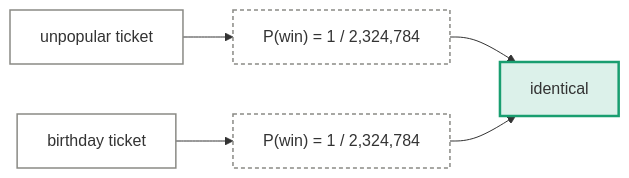
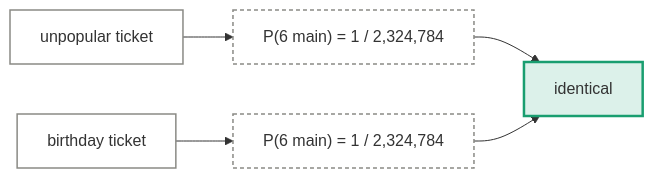
Before and after one commit to Timorleiderman/ILotto: the fourth of 4 diagrams in docs/approaches/ticket-generators.md, drawn with Mermaid. The commit also changed other lines of this file and 26 other files, not shown here.

````diff
--- a/docs/approaches/ticket-generators.md
+++ b/docs/approaches/ticket-generators.md
@@ -170,16 +223,16 @@
 ```mermaid
 flowchart LR
-  A["unpopular ticket"] --> B["P(win) = 1 / 2,324,784"]
-  C["birthday ticket"] --> D["P(win) = 1 / 2,324,784"]
+  A["unpopular ticket"] --> B["P(6 main) = 1 / 2,324,784"]
+  C["birthday ticket"] --> D["P(6 main) = 1 / 2,324,784"]
   B --> E["identical"]
   D --> E
 
   class A,C data
   class B,D op
   class E out
   classDef data fill:none,stroke:#8a8a85,stroke-width:1.5px
   classDef learn fill:#2a78d626,stroke:#2a78d6,stroke-width:2px
   classDef op fill:none,stroke:#8a8a85,stroke-width:1.5px,stroke-dasharray:4 3
   classDef out fill:#199e7026,stroke:#199e70,stroke-width:2.5px
   classDef flaw fill:#e3494826,stroke:#e34948,stroke-width:3px
 ```
````
